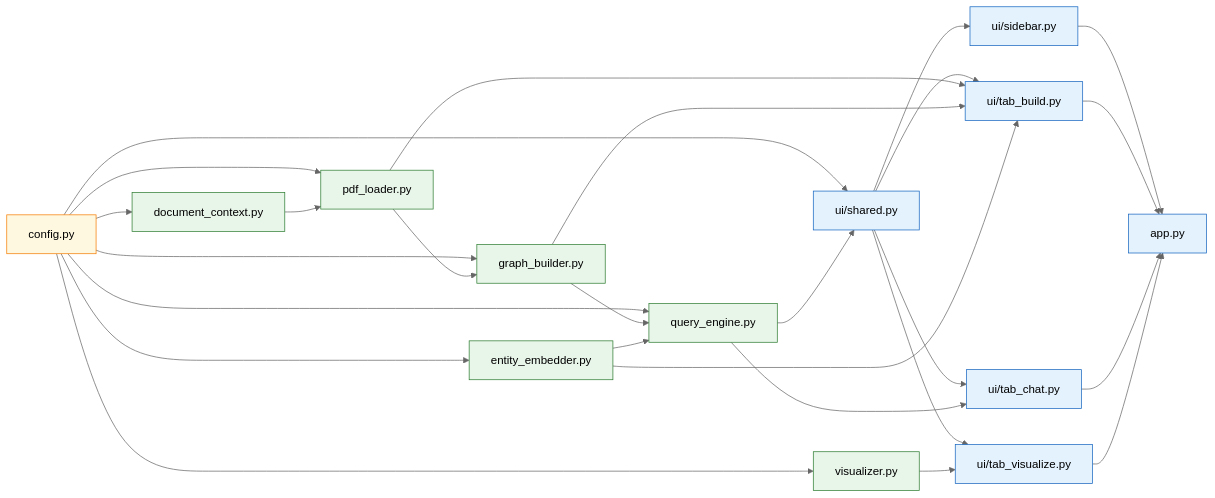
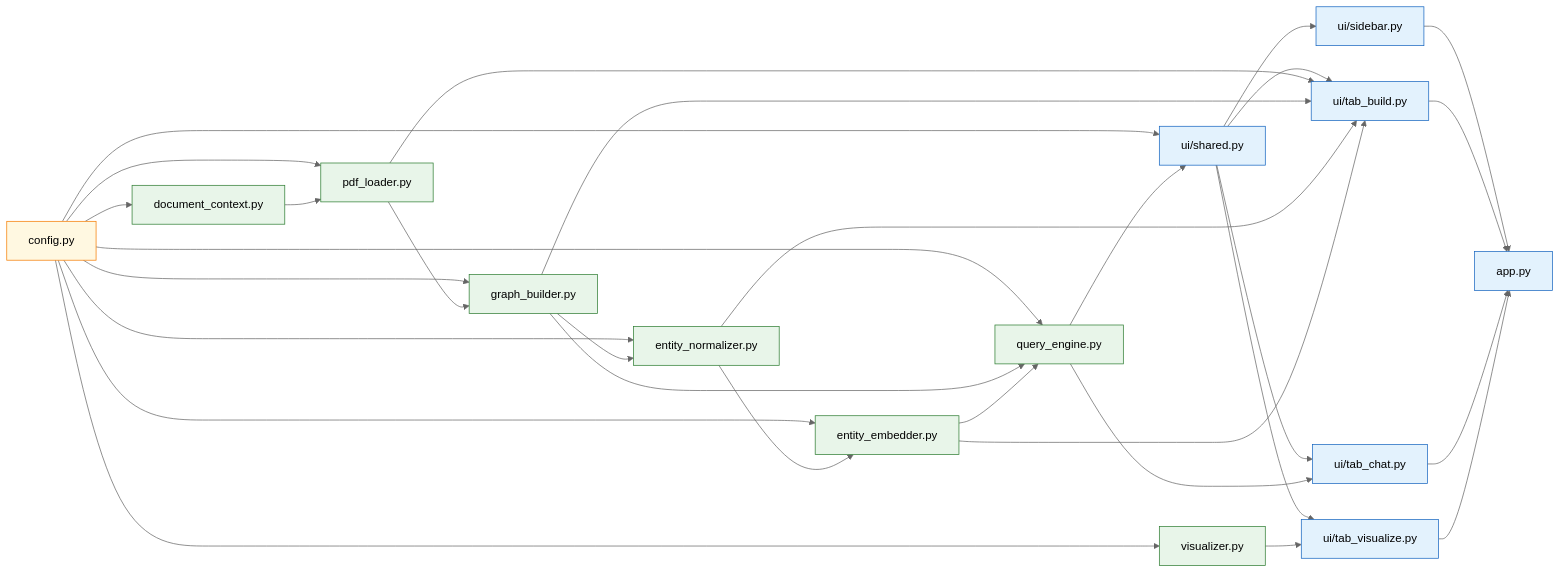
One commit to camping89/graphrag-demo changed the sixth of 14 diagrams in docs/diagrams.md. Above: the diagram before and after it, drawn with Mermaid (neutral theme). The commit also changed other lines of this file and 10 other files, not shown here.

First line of the commit message:
docs: sync với codebase hiện tại (2-model split, entity normalizer, auto-flow)

````diff
--- a/docs/diagrams.md
+++ b/docs/diagrams.md
@@ -254,57 +268,62 @@
 ```mermaid
 graph LR
     Config[config.py]
 
     PDFLoader[pdf_loader.py]
     DocCtx[document_context.py]
     Builder[graph_builder.py]
+    Normalizer[entity_normalizer.py]
     Embedder[entity_embedder.py]
     Engine[query_engine.py]
     Viz[visualizer.py]
 
     Shared[ui/shared.py]
     Sidebar[ui/sidebar.py]
     TabBuild[ui/tab_build.py]
     TabChat[ui/tab_chat.py]
     TabViz[ui/tab_visualize.py]
     App[app.py]
 
     Config --> PDFLoader
     Config --> DocCtx
     Config --> Builder
+    Config --> Normalizer
     Config --> Embedder
     Config --> Engine
     Config --> Viz
 
     DocCtx --> PDFLoader
     PDFLoader --> Builder
     Builder --> Engine
+    Builder --> Normalizer
+    Normalizer --> Embedder
     Embedder --> Engine
 
     Config --> Shared
     Engine --> Shared
 
     Shared --> Sidebar
     Shared --> TabBuild
     Shared --> TabChat
     Shared --> TabViz
 
     PDFLoader --> TabBuild
     Builder --> TabBuild
+    Normalizer --> TabBuild
     Embedder --> TabBuild
     Engine --> TabChat
     Viz --> TabViz
 
     Sidebar --> App
     TabBuild --> App
     TabChat --> App
     TabViz --> App
 
     classDef foundation fill:#fff8e1,stroke:#f57c00
     classDef backend fill:#e8f5e9,stroke:#2e7d32
     classDef ui fill:#e3f2fd,stroke:#1565c0
 
     class Config foundation
-    class PDFLoader,DocCtx,Builder,Embedder,Engine,Viz backend
+    class PDFLoader,DocCtx,Builder,Normalizer,Embedder,Engine,Viz backend
     class Shared,Sidebar,TabBuild,TabChat,TabViz,App ui
 ```
````
